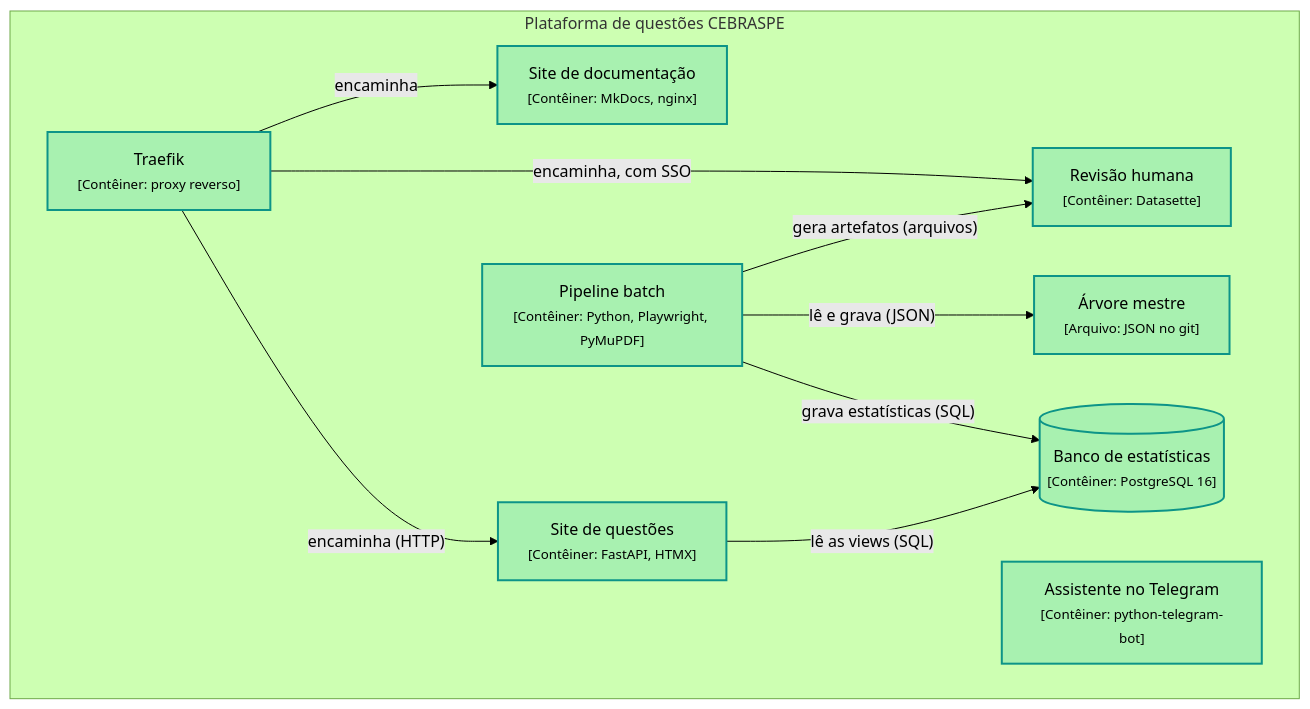
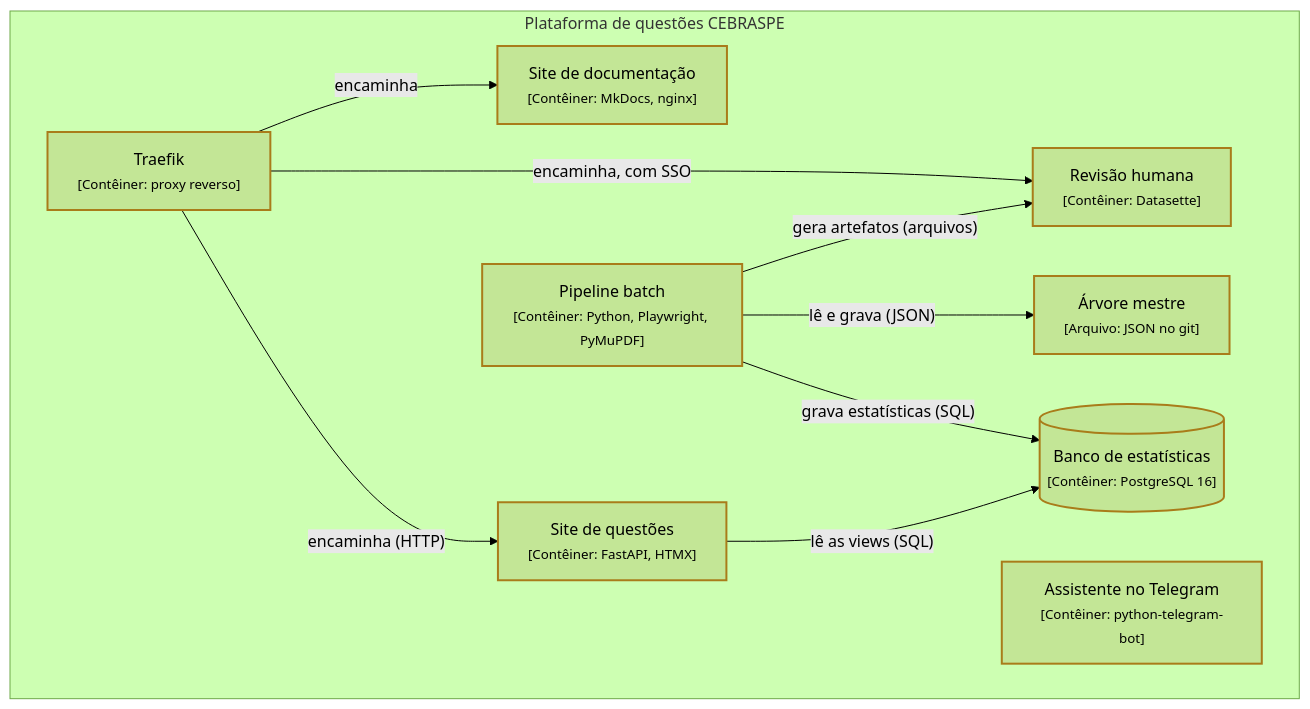
The second of 2 diagrams in docs/executivo/arquitetura.md (athosroque/scraper-cebraspe), drawn with Mermaid (forest theme) before and after one commit. The commit also changed other lines of this file and 14 other files, not shown here.

````diff
--- a/docs/executivo/arquitetura.md
+++ b/docs/executivo/arquitetura.md
@@ -55,22 +55,22 @@
 ```mermaid
 flowchart TB
     subgraph fronteira["Plataforma de questões CEBRASPE"]
         traefik["Traefik<br/><small>[Contêiner: proxy reverso]</small>"]
         pipeline["Pipeline batch<br/><small>[Contêiner: Python, Playwright, PyMuPDF]</small>"]
         arvore["Árvore mestre<br/><small>[Arquivo: JSON no git]</small>"]
         revisao["Revisão humana<br/><small>[Contêiner: Datasette]</small>"]
         banco[("Banco de estatísticas<br/><small>[Contêiner: PostgreSQL 16]</small>")]
         site["Site de questões<br/><small>[Contêiner: FastAPI, HTMX]</small>"]
         bot["Assistente no Telegram<br/><small>[Contêiner: python-telegram-bot]</small>"]
         docs["Site de documentação<br/><small>[Contêiner: MkDocs, nginx]</small>"]
     end
     traefik -->|"encaminha (HTTP)"| site
     traefik -->|"encaminha, com SSO"| revisao
     traefik -->|"encaminha"| docs
     pipeline -->|"grava estatísticas (SQL)"| banco
     pipeline -->|"lê e grava (JSON)"| arvore
     pipeline -->|"gera artefatos (arquivos)"| revisao
     site -->|"lê as views (SQL)"| banco
-    classDef conteiner fill:#14b8a633,stroke:#0d9488,stroke-width:2px
+    classDef conteiner fill:#92670a29,stroke:#a97c1a,stroke-width:2px
     class traefik,pipeline,arvore,revisao,banco,site,bot,docs conteiner
 ```
````
